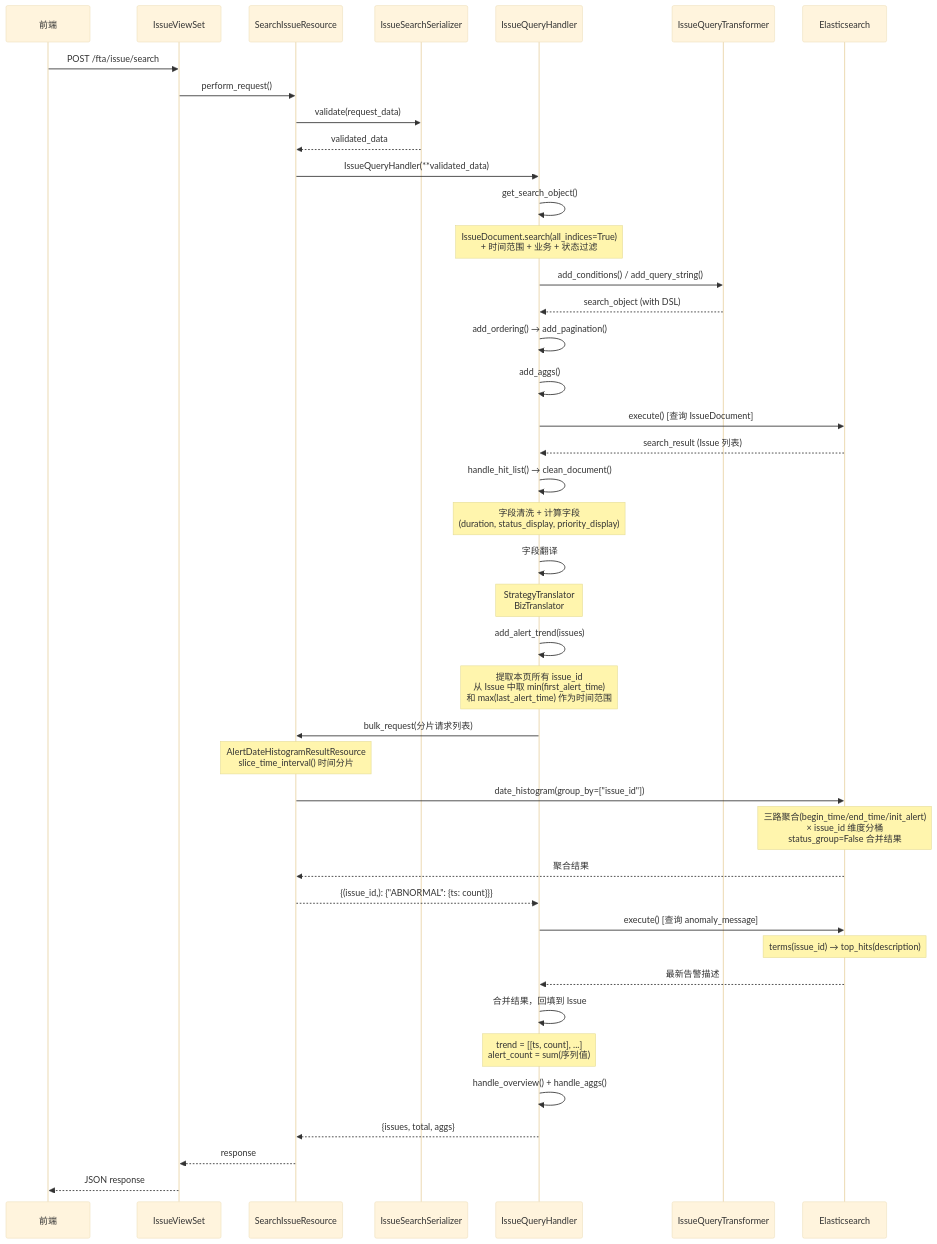
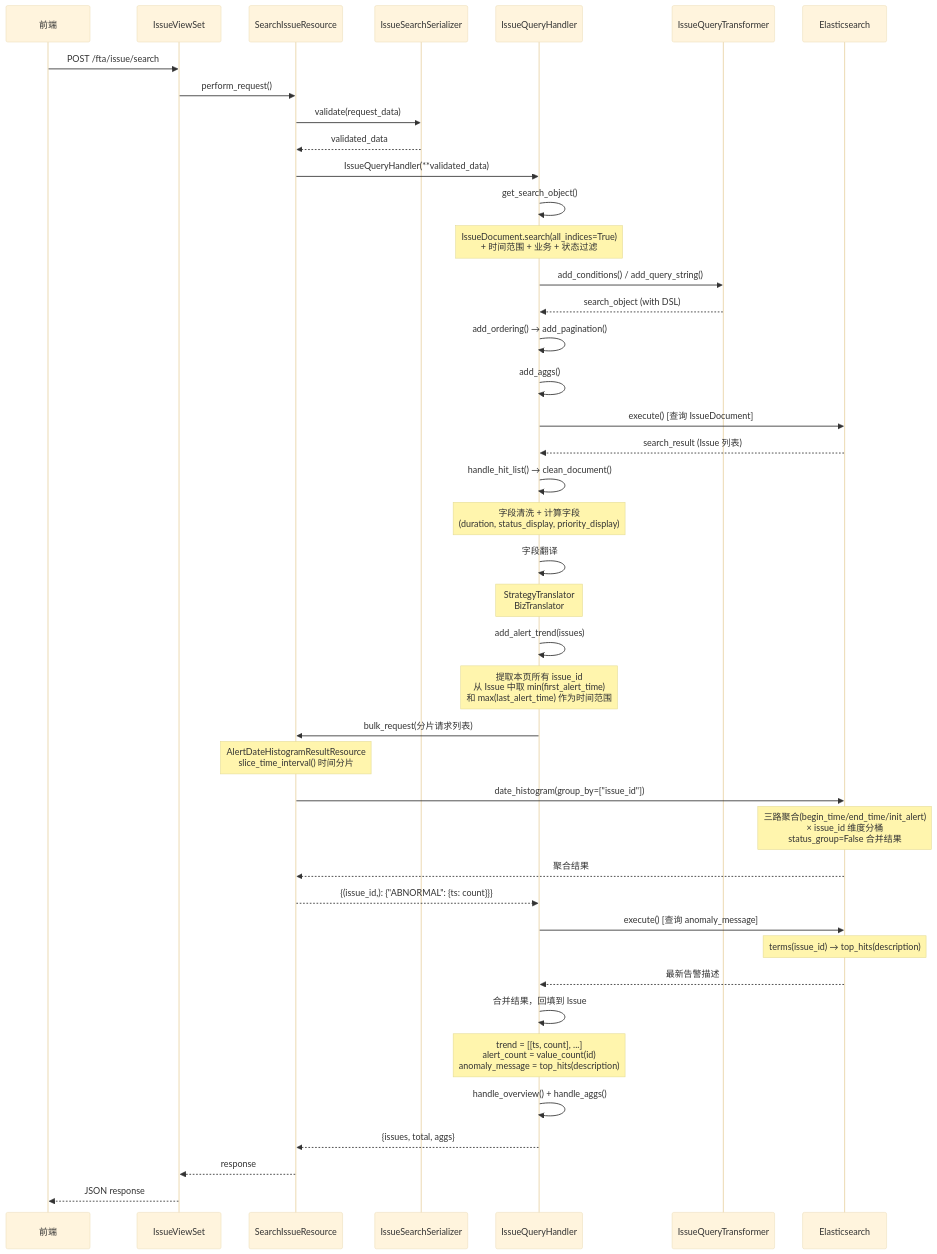
One commit to HACK-WU/bk-monitor changed the diagram in bkmonitor/docs/design/design/Issues列表接口设计.md. Above: the diagram before and after it, drawn with Mermaid (base theme). The commit also changed other lines of this file and 3 other files, not shown here.

````diff
--- a/bkmonitor/docs/design/design/Issues列表接口设计.md
+++ b/bkmonitor/docs/design/design/Issues列表接口设计.md
@@ -938,56 +951,56 @@
 ```mermaid
 sequenceDiagram
     participant FE as 前端
     participant View as IssueViewSet
     participant Res as SearchIssueResource
     participant Ser as IssueSearchSerializer
     participant Handler as IssueQueryHandler
     participant Trans as IssueQueryTransformer
     participant ES as Elasticsearch
 
     FE->>View: POST /fta/issue/search
     View->>Res: perform_request()
     Res->>Ser: validate(request_data)
     Ser-->>Res: validated_data
     Res->>Handler: IssueQueryHandler(**validated_data)
 
     Handler->>Handler: get_search_object()
     Note over Handler: IssueDocument.search(all_indices=True)<br/>+ 时间范围 + 业务 + 状态过滤
 
     Handler->>Trans: add_conditions() / add_query_string()
     Trans-->>Handler: search_object (with DSL)
 
     Handler->>Handler: add_ordering() → add_pagination()
 Handler->>Handler: add_aggs()
 
     Handler->>ES: execute() [查询 IssueDocument]
     ES-->>Handler: search_result (Issue 列表)
 
     Handler->>Handler: handle_hit_list() → clean_document()
     Note over Handler: 字段清洗 + 计算字段<br/>(duration, status_display, priority_display)
 
     Handler->>Handler: 字段翻译
     Note over Handler: StrategyTranslator<br/>BizTranslator
 
     Handler->>Handler: add_alert_trend(issues)
     Note over Handler: 提取本页所有 issue_id<br/>从 Issue 中取 min(first_alert_time)<br/>和 max(last_alert_time) 作为时间范围
 
     Handler->>Res: bulk_request(分片请求列表)
     Note over Res: AlertDateHistogramResultResource<br/>slice_time_interval() 时间分片
     Res->>ES: date_histogram(group_by=["issue_id"])
     Note over ES: 三路聚合(begin_time/end_time/init_alert)<br/>× issue_id 维度分桶<br/>status_group=False 合并结果
     ES-->>Res: 聚合结果
     Res-->>Handler: {(issue_id,): {"ABNORMAL": {ts: count}}}
 
     Handler->>ES: execute() [查询 anomaly_message]
     Note over ES: terms(issue_id) → top_hits(description)
     ES-->>Handler: 最新告警描述
 
     Handler->>Handler: 合并结果，回填到 Issue
-    Note over Handler: trend = [[ts, count], ...]<br/>alert_count = sum(序列值)
+    Note over Handler: trend = [[ts, count], ...]<br/>alert_count = value_count(id)<br/>anomaly_message = top_hits(description)
 
     Handler->>Handler: handle_overview() + handle_aggs()
 Handler-->>Res: {issues, total, aggs}
     Res-->>View: response
     View-->>FE: JSON response
 ```
````
